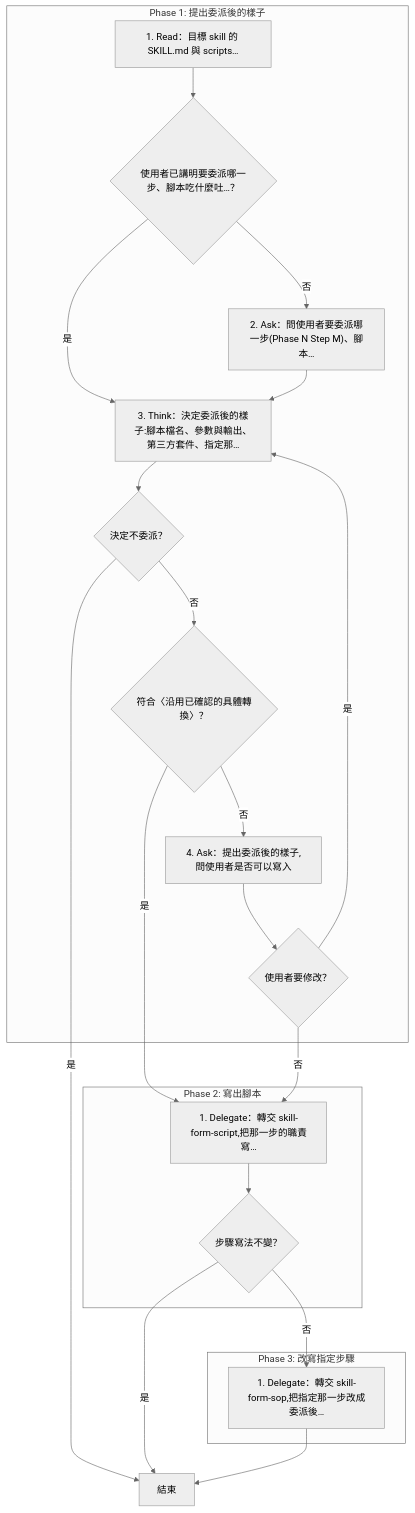
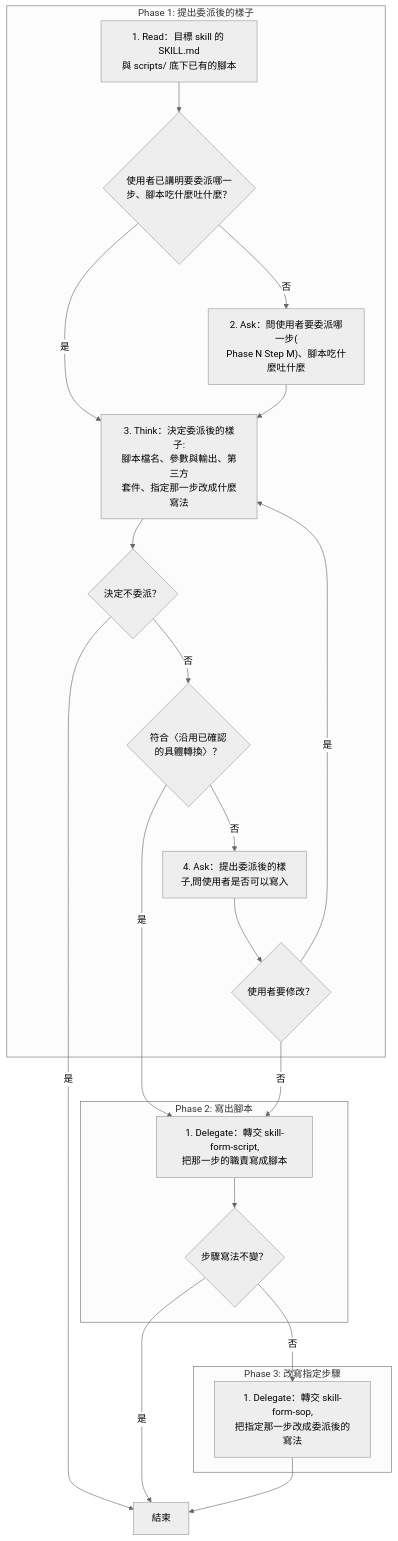
Before and after one commit to AI-x-BDD/BDGG-Dev-Skills: the first of 2 diagrams in .agents/skills/skill-derive-script/SKILL.md, drawn with Mermaid (neutral theme). The commit also changed other lines of this file and 43 other files, not shown here.

First line of the commit message:
feat!: skill-form-sop 的流程視覺圖改放檔尾並以粗體標出的核心動作當標籤

````diff
--- a/.agents/skills/skill-derive-script/SKILL.md
+++ b/.agents/skills/skill-derive-script/SKILL.md
@@ -11,37 +23,37 @@
 ```mermaid
 flowchart TD
     subgraph P1["Phase 1: 提出委派後的樣子"]
-        P1S1["1. Read：目標 skill 的 SKILL.md 與 scripts…"]
-        G_P1S1_1{"使用者已講明要委派哪一步、腳本吃什麼吐…？"}
-        P1S2["2. Ask：問使用者要委派哪一步(Phase N Step M)、腳本…"]
-        P1S3["3. Think：決定委派後的樣子:腳本檔名、參數與輸出、第三方套件、指定那…"]
+        P1S1["1. Read：目標 skill 的 SKILL.md<br/>與 scripts/ 底下已有的腳本"]
+        G_P1S1_1{"使用者已講明要委派哪一<br/>步、腳本吃什麼吐什麼？"}
+        P1S2["2. Ask：問使用者要委派哪一步(<br/>Phase N Step M)、腳本吃什麼吐什麼"]
+        P1S3["3. Think：決定委派後的樣子:<br/>腳本檔名、參數與輸出、第三方<br/>套件、指定那一步改成什麼寫法"]
         G_P1S3_1{"決定不委派？"}
-        G_P1S3_2{"符合〈沿用已確認的具體轉換〉？"}
-        P1S4["4. Ask：提出委派後的樣子,問使用者是否可以寫入"]
+        G_P1S3_2{"符合〈沿用已確認<br/>的具體轉換〉？"}
+        P1S4["4. Ask：提出委派後的樣<br/>子,問使用者是否可以寫入"]
         G_P1S4_1{"使用者要修改？"}
     end
     subgraph P2["Phase 2: 寫出腳本"]
-        P2S1["1. Delegate：轉交 skill-form-script,把那一步的職責寫…"]
+        P2S1["1. Delegate：轉交 skill-form-script,<br/>把那一步的職責寫成腳本"]
         G_P2S1_1{"步驟寫法不變？"}
     end
     subgraph P3["Phase 3: 改寫指定步驟"]
-        P3S1["1. Delegate：轉交 skill-form-sop,把指定那一步改成委派後…"]
+        P3S1["1. Delegate：轉交 skill-form-sop,<br/>把指定那一步改成委派後的寫法"]
     end
     End["結束"]
     P1S1 --> G_P1S1_1
     G_P1S1_1 -->|是| P1S3
     G_P1S1_1 -->|否| P1S2
     P1S2 --> P1S3
     P1S3 --> G_P1S3_1
     G_P1S3_1 -->|是| End
     G_P1S3_1 -->|否| G_P1S3_2
     G_P1S3_2 -->|是| P2S1
     G_P1S3_2 -->|否| P1S4
     P1S4 --> G_P1S4_1
     G_P1S4_1 -->|是| P1S3
     G_P1S4_1 -->|否| P2S1
     P2S1 --> G_P2S1_1
     G_P2S1_1 -->|是| End
     G_P2S1_1 -->|否| P3S1
     P3S1 --> End
 ```
````
